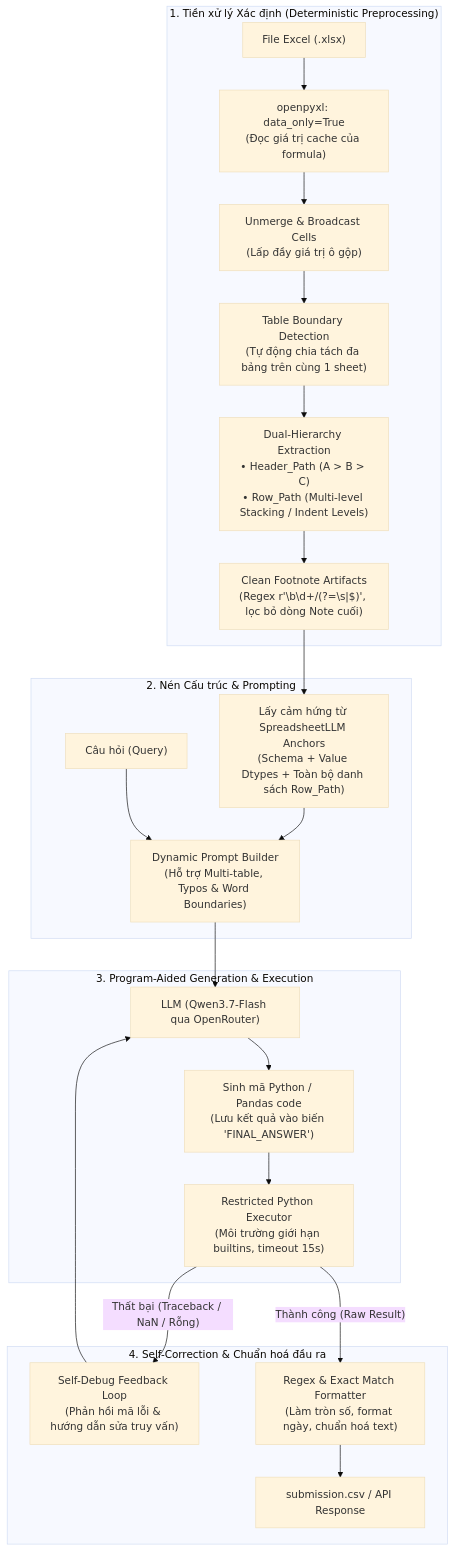
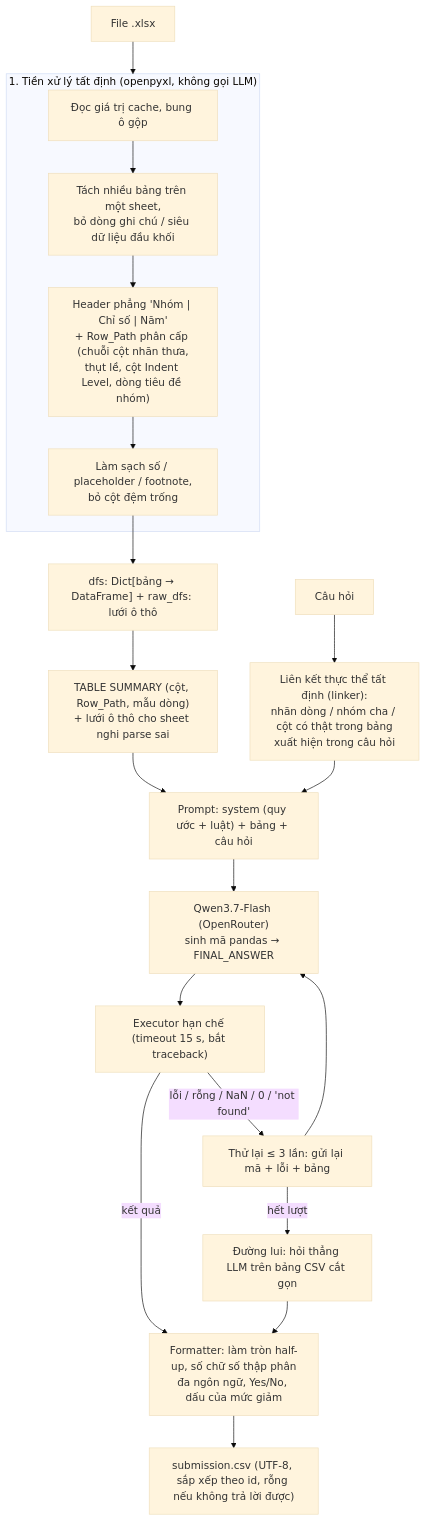
The diagram in README.md (daFoggo/round-1), drawn with Mermaid (base theme) before and after one commit. The commit also changed other lines of this file and 1 other file, not shown here.

Commit message:
docs: rewrite README (architecture, methods with sources, results, open issues); feat: leaf-entity counting rule

````diff
--- a/README.md
+++ b/README.md
@@ -9,29 +11,22 @@
 ```mermaid
 flowchart TD
-    subgraph S1["1. Tiền xử lý Xác định (Deterministic Preprocessing)"]
-        F["File Excel (.xlsx)"] --> P1["openpyxl: data_only=True<br/>(Đọc giá trị cache của formula)"]
-        P1 --> P2["Unmerge & Broadcast Cells<br/>(Lấp đầy giá trị ô gộp)"]
-        P2 --> P3["Table Boundary Detection<br/>(Tự động chia tách đa bảng trên cùng 1 sheet)"]
-        P3 --> P4["Dual-Hierarchy Extraction<br/>• Header_Path (A > B > C)<br/>• Row_Path (Multi-level Stacking / Indent Levels)"]
-        P4 --> P5["Clean Footnote Artifacts<br/>(Regex r'\b\d+/(?=\s|$)', lọc bỏ dòng Note cuối)"]
+    X["File .xlsx"] --> PRE
+    subgraph PRE["1. Tiền xử lý tất định (openpyxl, không gọi LLM)"]
+        A1["Đọc giá trị cache, bung ô gộp"] --> A2["Tách nhiều bảng trên một sheet,<br/>bỏ dòng ghi chú / siêu dữ liệu đầu khối"]
+        A2 --> A3["Header phẳng 'Nhóm | Chỉ số | Năm'<br/>+ Row_Path phân cấp (chuỗi cột nhãn thưa,<br/>thụt lề, cột Indent Level, dòng tiêu đề nhóm)"]
+        A3 --> A4["Làm sạch số / placeholder / footnote,<br/>bỏ cột đệm trống"]
     end
-
-    subgraph S2["2. Nén Cấu trúc & Prompting"]
-        P5 --> C1["Lấy cảm hứng từ SpreadsheetLLM Anchors<br/>(Schema + Value Dtypes + Toàn bộ danh sách Row_Path)"]
-        C1 --> PR["Dynamic Prompt Builder<br/>(Hỗ trợ Multi-table, Typos & Word Boundaries)"]
-        Q["Câu hỏi (Query)"] --> PR
-    end
-
-    subgraph S3["3. Program-Aided Generation & Execution"]
-        PR --> LLM["LLM (Qwen3.7-Flash qua OpenRouter)"]
-        LLM --> CODE["Sinh mã Python / Pandas code<br/>(Lưu kết quả vào biến 'FINAL_ANSWER')"]
-        CODE --> EXEC["Restricted Python Executor<br/>(Môi trường giới hạn builtins, timeout 15s)"]
-    end
-
-    subgraph S4["4. Self-Correction & Chuẩn hoá đầu ra"]
-        EXEC -- "Thất bại (Traceback / NaN / Rỗng)" --> FEEDBACK["Self-Debug Feedback Loop<br/>(Phản hồi mã lỗi & hướng dẫn sửa truy vấn)"]
-        FEEDBACK --> LLM
-        EXEC -- "Thành công (Raw Result)" --> FMT["Regex & Exact Match Formatter<br/>(Làm tròn số, format ngày, chuẩn hoá text)"]
-        FMT --> OUT["submission.csv / API Response"]
-    end
+    A4 --> DFS["dfs: Dict[bảng → DataFrame] + raw_dfs: lưới ô thô"]
+    Q["Câu hỏi"] --> LNK["Liên kết thực thể tất định (linker):<br/>nhãn dòng / nhóm cha / cột có thật trong bảng<br/>xuất hiện trong câu hỏi"]
+    DFS --> SUM["TABLE SUMMARY (cột, Row_Path, mẫu dòng)<br/>+ lưới ô thô cho sheet nghi parse sai"]
+    SUM --> PROMPT
+    LNK --> PROMPT["Prompt: system (quy ước + luật) + bảng + câu hỏi"]
+    PROMPT --> LLM["Qwen3.7-Flash (OpenRouter)<br/>sinh mã pandas → FINAL_ANSWER"]
+    LLM --> EXE["Executor hạn chế (timeout 15 s, bắt traceback)"]
+    EXE -- "lỗi / rỗng / NaN / 0 / 'not found'" --> RETRY["Thử lại ≤ 3 lần: gửi lại mã + lỗi + bảng"]
+    RETRY --> LLM
+    EXE -- "kết quả" --> FMT["Formatter: làm tròn half-up, số chữ số thập phân<br/>đa ngôn ngữ, Yes/No, dấu của mức giảm"]
+    RETRY -- "hết lượt" --> FB["Đường lui: hỏi thẳng LLM trên bảng CSV cắt gọn"]
+    FB --> FMT
+    FMT --> OUT["submission.csv (UTF-8, sắp xếp theo id, rỗng nếu không trả lời được)"]
 ```
````
